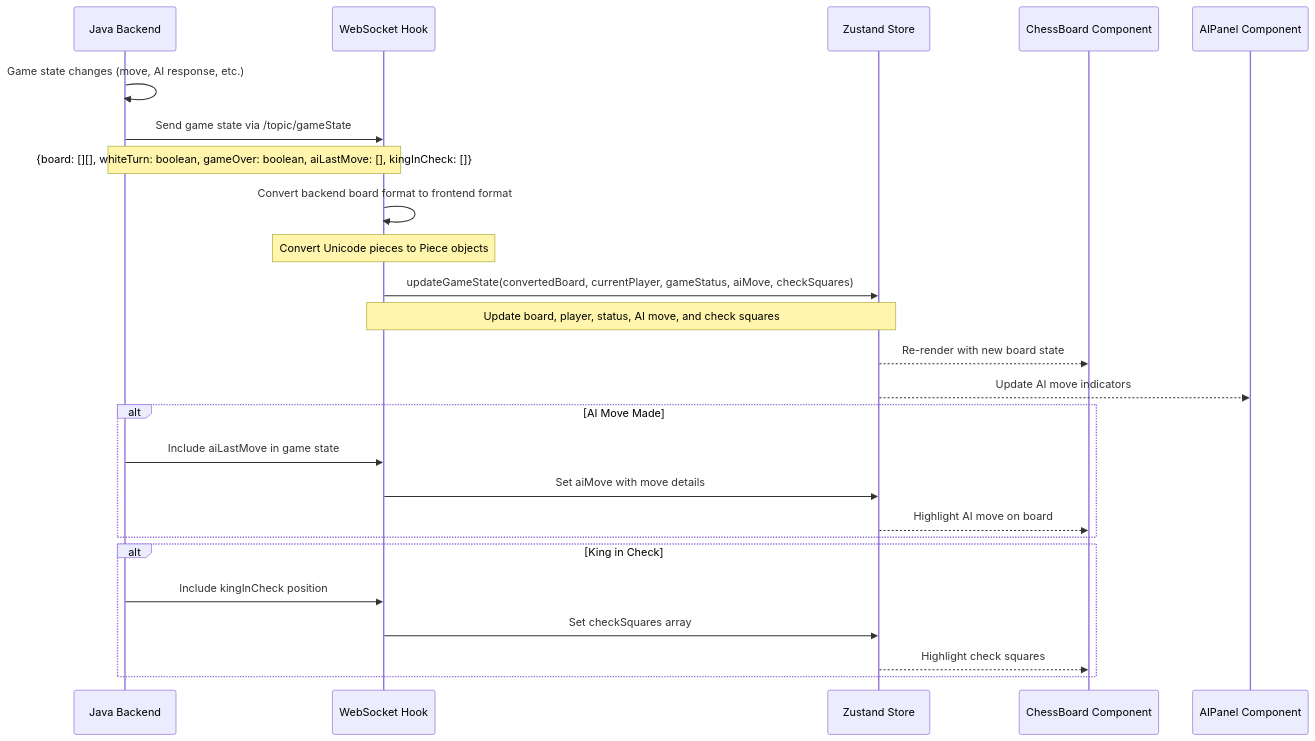
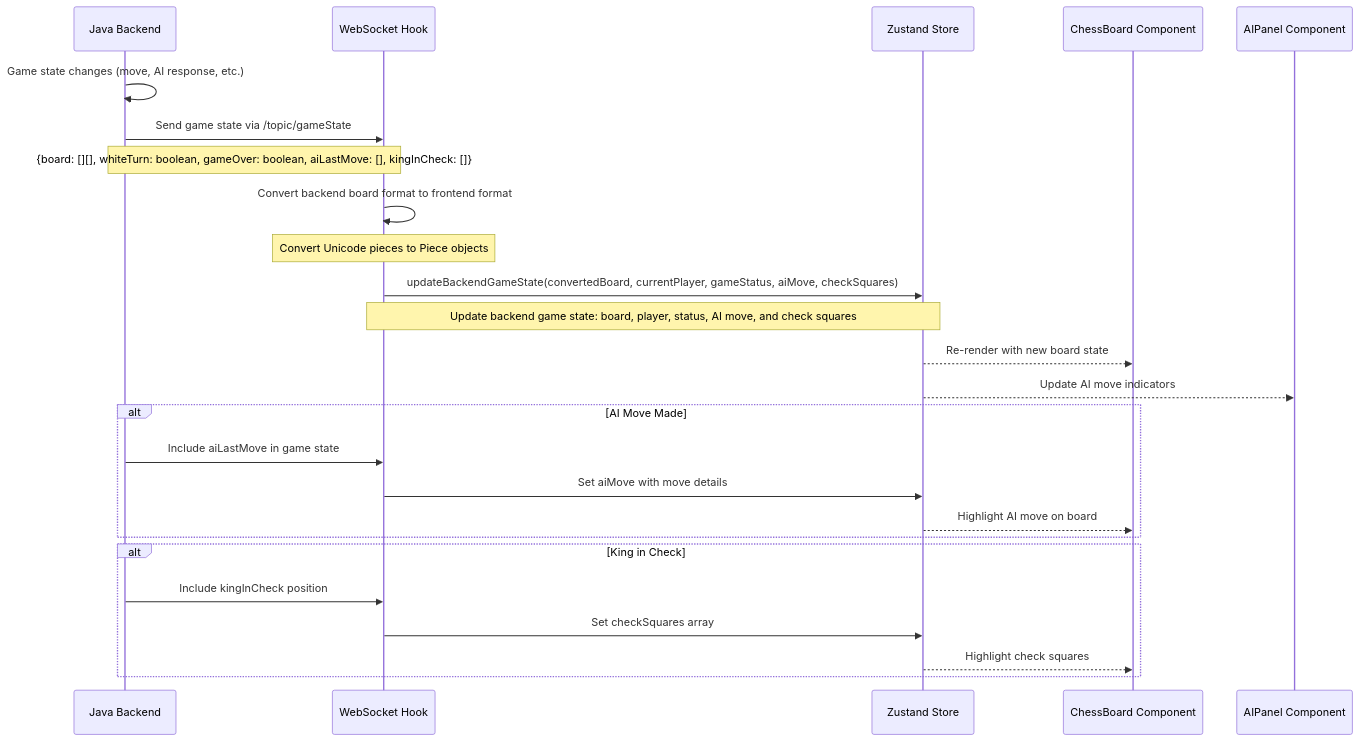
The fifth of 12 diagrams in docs/CURSOR_UI_SEQUENCE.md (premkumardevadason/chess), drawn with Mermaid before and after one commit. The commit also changed other lines of this file, not shown here.

Commit message:
Update CURSOR_UI_SEQUENCE.md: Add stateless frontend architecture, invalid move handling, performance monitoring browser compatibility, and console logging removal documentation

````diff
--- a/docs/CURSOR_UI_SEQUENCE.md
+++ b/docs/CURSOR_UI_SEQUENCE.md
@@ -175,33 +194,33 @@
 ```mermaid
 sequenceDiagram
     participant Backend as Java Backend
     participant WS as WebSocket Hook
     participant Store as Zustand Store
     participant Board as ChessBoard Component
     participant AIPanel as AIPanel Component
 
     Backend->>Backend: Game state changes (move, AI response, etc.)
     Backend->>WS: Send game state via /topic/gameState
     Note over Backend,WS: {board: [][], whiteTurn: boolean, gameOver: boolean, aiLastMove: [], kingInCheck: []}
     
     WS->>WS: Convert backend board format to frontend format
     Note over WS: Convert Unicode pieces to Piece objects
     
-    WS->>Store: updateGameState(convertedBoard, currentPlayer, gameStatus, aiMove, checkSquares)
-    Note over WS,Store: Update board, player, status, AI move, and check squares
+    WS->>Store: updateBackendGameState(convertedBoard, currentPlayer, gameStatus, aiMove, checkSquares)
+    Note over WS,Store: Update backend game state: board, player, status, AI move, and check squares
     
     Store-->>Board: Re-render with new board state
     Store-->>AIPanel: Update AI move indicators
     
     alt AI Move Made
         Backend->>WS: Include aiLastMove in game state
         WS->>Store: Set aiMove with move details
         Store-->>Board: Highlight AI move on board
     end
     
     alt King in Check
         Backend->>WS: Include kingInCheck position
         WS->>Store: Set checkSquares array
         Store-->>Board: Highlight check squares
     end
 ```
````
